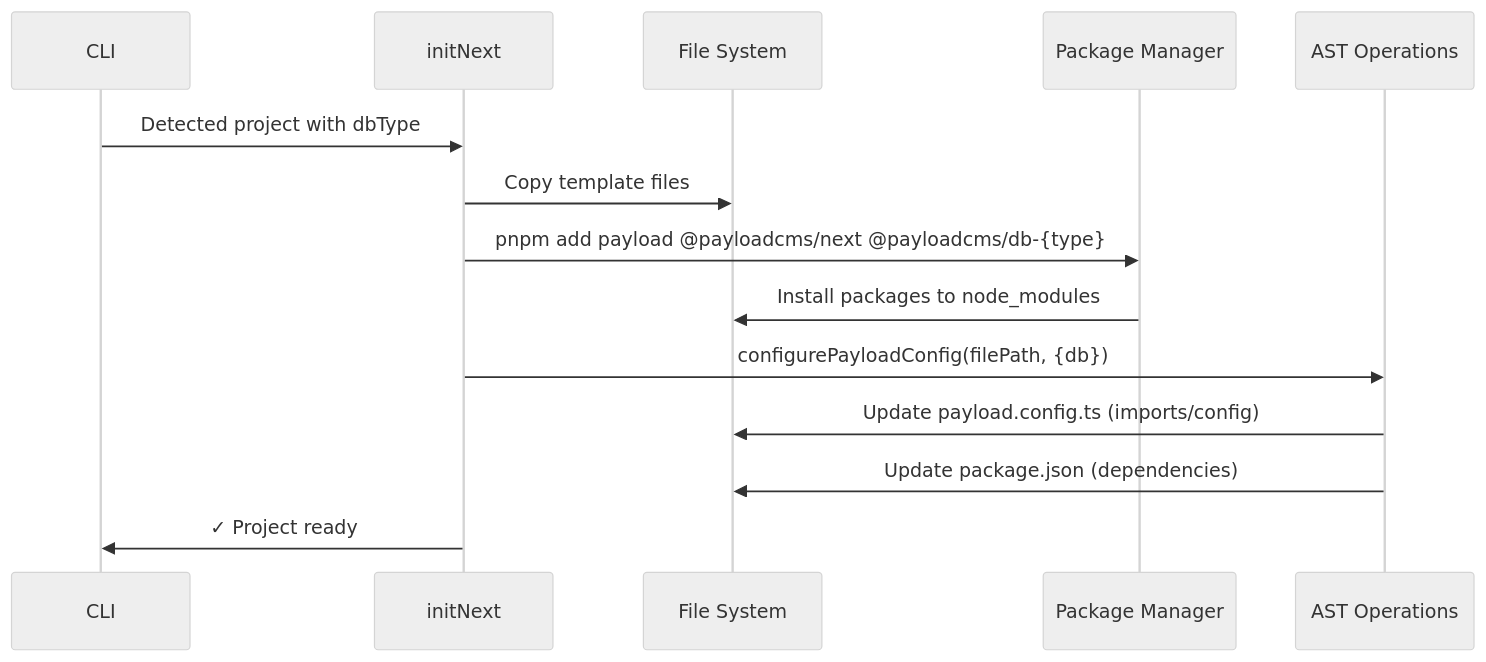
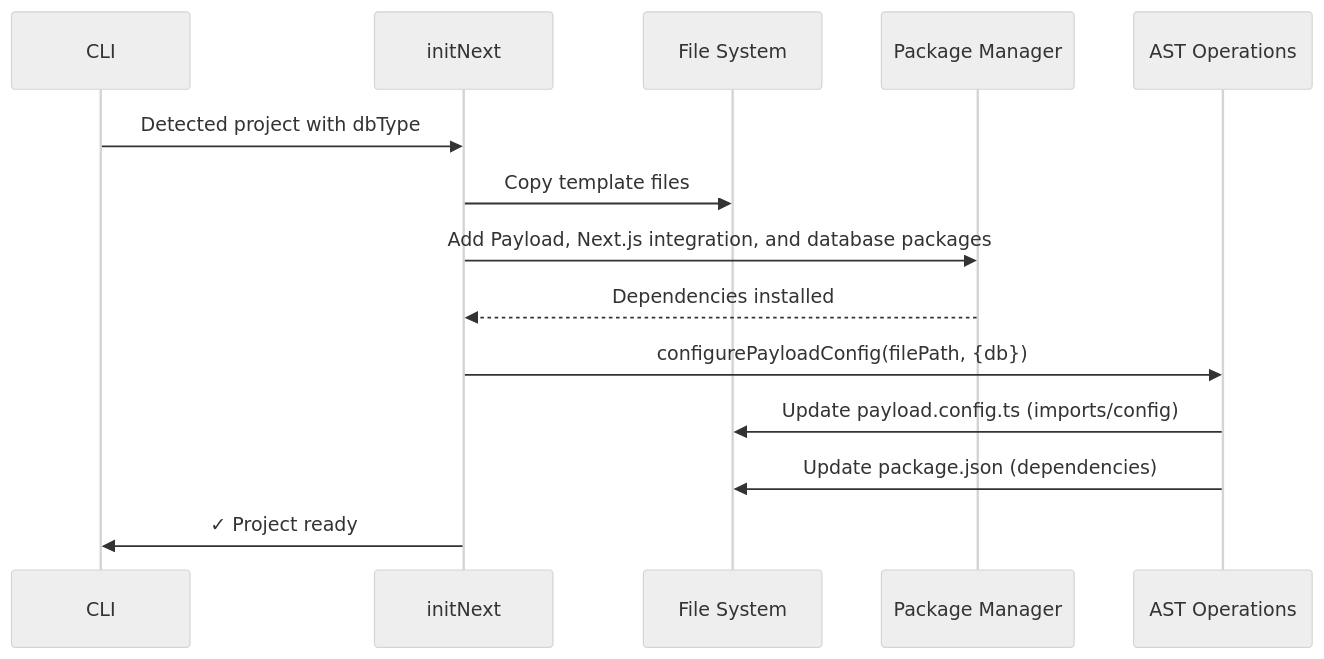
The first of 3 diagrams in packages/create-payload-app/CLAUDE.md (payloadcms/payload), drawn with Mermaid (neutral theme) before and after one commit. The commit also changed other lines of this file, not shown here.

Commit message:
docs(cpa): clarify package manager flows

````diff
--- a/packages/create-payload-app/CLAUDE.md
+++ b/packages/create-payload-app/CLAUDE.md
@@ -66,17 +67,17 @@
 ```mermaid
 sequenceDiagram
     participant CLI
     participant initNext
     participant FS as File System
     participant PM as Package Manager
     participant AST as AST Operations
 
     CLI->>initNext: Detected project with dbType
     initNext->>FS: Copy template files
-    initNext->>PM: pnpm add payload @payloadcms/next @payloadcms/db-{type}
-    PM->>FS: Install packages to node_modules
+    initNext->>PM: Add Payload, Next.js integration, and database packages
+    PM-->>initNext: Dependencies installed
     initNext->>AST: configurePayloadConfig(filePath, {db})
     AST->>FS: Update payload.config.ts (imports/config)
     AST->>FS: Update package.json (dependencies)
     initNext->>CLI: ✓ Project ready
 ```
````
